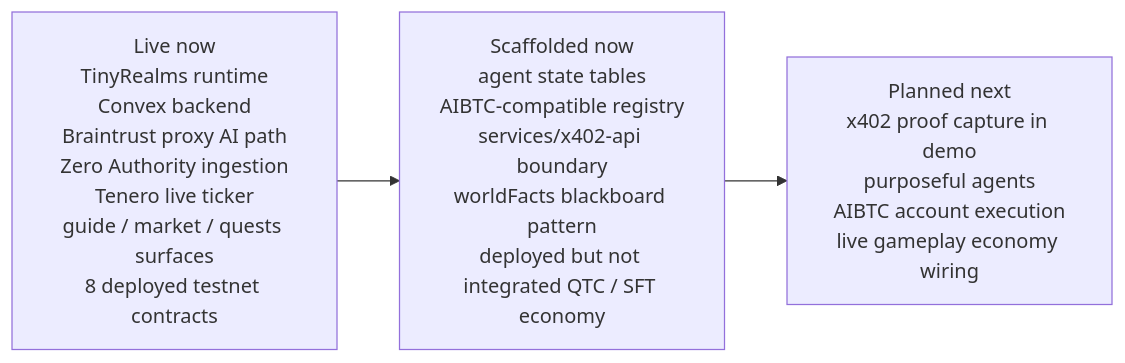
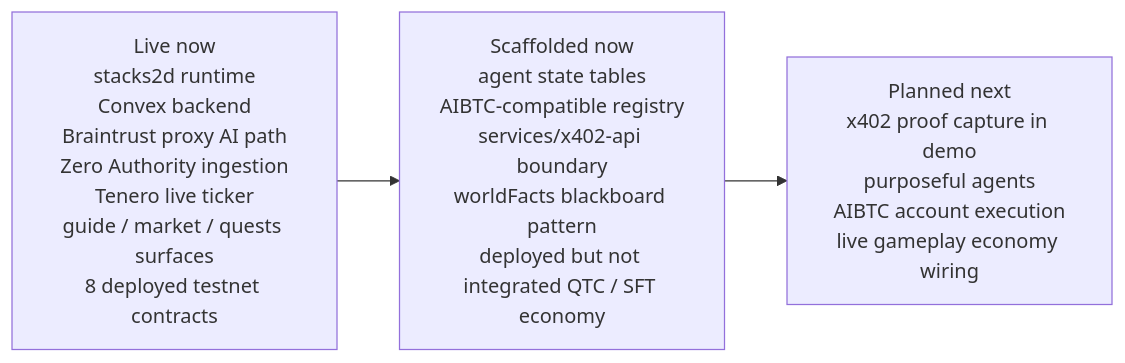
The fourth of 14 diagrams in README.md (retroverse404/---stacks2d-dungeons-agents), drawn with Mermaid before and after one commit. The commit also changed other lines of this file, not shown here.

Commit message:
Reduce TinyRealms references in README

````diff
--- a/README.md
+++ b/README.md
@@ -184,9 +184,9 @@
 ```mermaid
 flowchart LR
   L[Live now] --> S[Scaffolded now]
   S --> P[Planned next]
 
-  L["Live now<br/>TinyRealms runtime<br/>Convex backend<br/>Braintrust proxy AI path<br/>Zero Authority ingestion<br/>Tenero live ticker<br/>guide / market / quests surfaces<br/>8 deployed testnet contracts"]
+  L["Live now<br/>stacks2d runtime<br/>Convex backend<br/>Braintrust proxy AI path<br/>Zero Authority ingestion<br/>Tenero live ticker<br/>guide / market / quests surfaces<br/>8 deployed testnet contracts"]
   S["Scaffolded now<br/>agent state tables<br/>AIBTC-compatible registry<br/>services/x402-api boundary<br/>worldFacts blackboard pattern<br/>deployed but not integrated QTC / SFT economy"]
   P["Planned next<br/>x402 proof capture in demo<br/>purposeful agents<br/>AIBTC account execution<br/>live gameplay economy wiring"]
 ```
````
